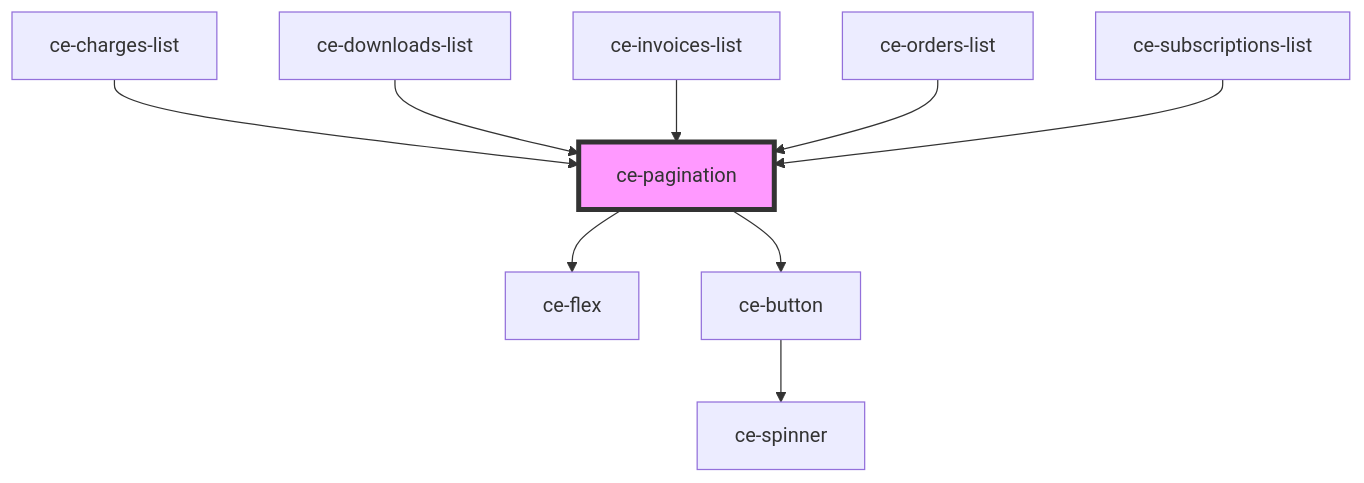
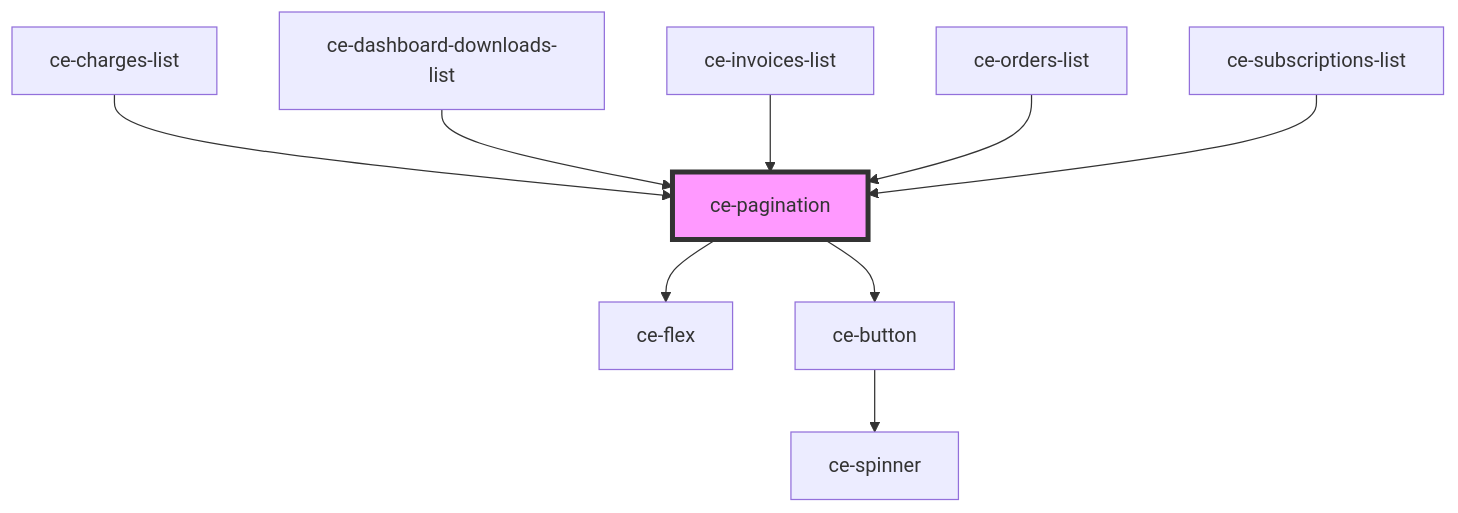
Before and after one commit to surecart/surecart-wp-plugin: the diagram in packages/components/src/components/ui/pagination/readme.md, drawn with Mermaid. The commit also changed other lines of this file and 324 other files, not shown here.

````diff
--- a/packages/components/src/components/ui/pagination/readme.md
+++ b/packages/components/src/components/ui/pagination/readme.md
@@ -43,12 +43,12 @@
 ```mermaid
 graph TD;
   ce-pagination --> ce-flex
   ce-pagination --> ce-button
   ce-button --> ce-spinner
   ce-charges-list --> ce-pagination
-  ce-downloads-list --> ce-pagination
+  ce-dashboard-downloads-list --> ce-pagination
   ce-invoices-list --> ce-pagination
   ce-orders-list --> ce-pagination
   ce-subscriptions-list --> ce-pagination
   style ce-pagination fill:#f9f,stroke:#333,stroke-width:4px
 ```
````
